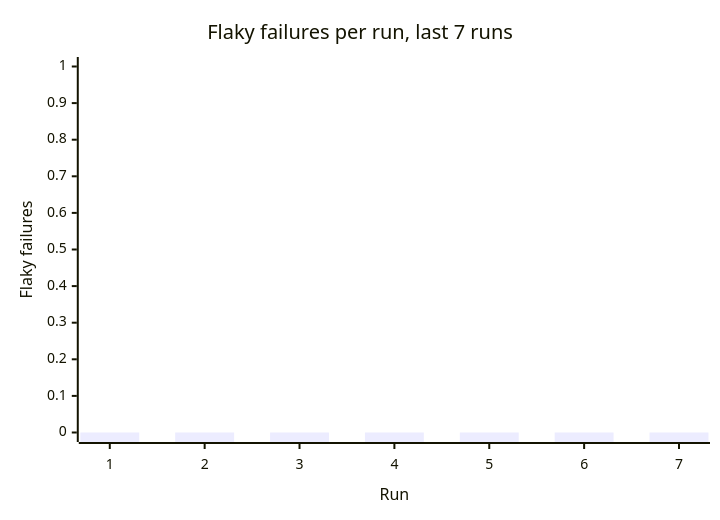
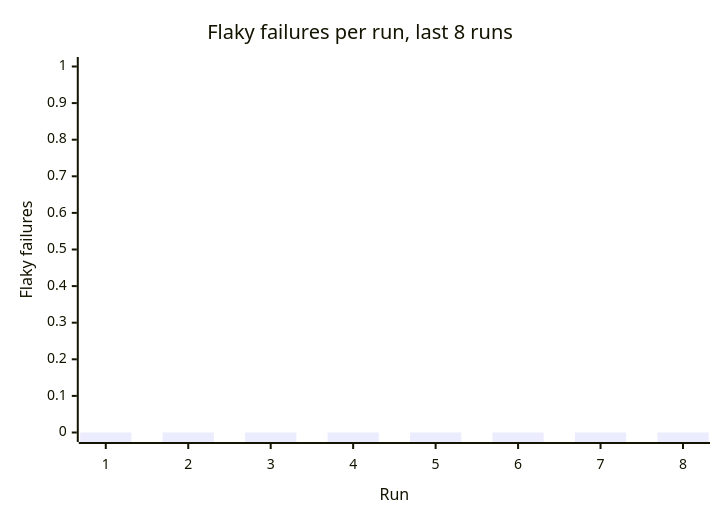
Before and after one commit to Shirojoufu/DORA-Metrics: the second of 3 diagrams in reports/summary.md, drawn with Mermaid. The commit also changed other lines of this file and 5 other files, not shown here.

````diff
--- a/reports/summary.md
+++ b/reports/summary.md
@@ -25,7 +25,7 @@
 ```mermaid
 xychart-beta
-    title "Flaky failures per run, last 7 runs"
-    x-axis "Run" [1, 2, 3, 4, 5, 6, 7]
+    title "Flaky failures per run, last 8 runs"
+    x-axis "Run" [1, 2, 3, 4, 5, 6, 7, 8]
     y-axis "Flaky failures" 0 --> 1
-    bar [0, 0, 0, 0, 0, 0, 0]
+    bar [0, 0, 0, 0, 0, 0, 0, 0]
 ```
````
